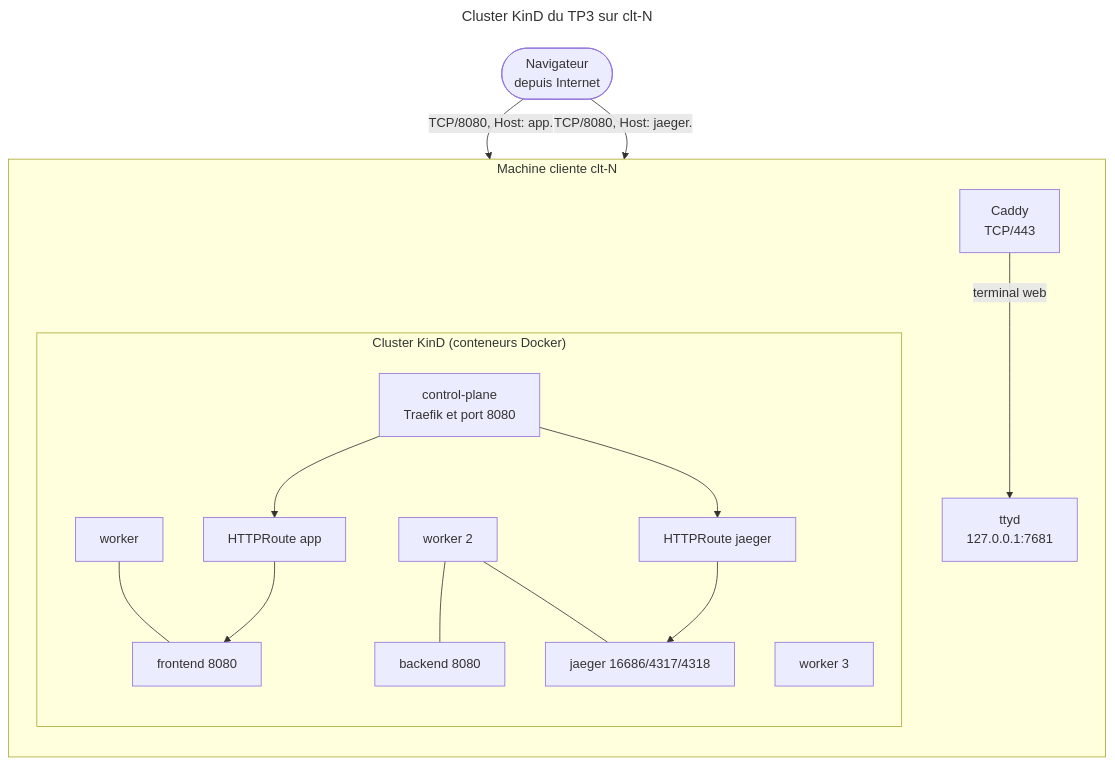
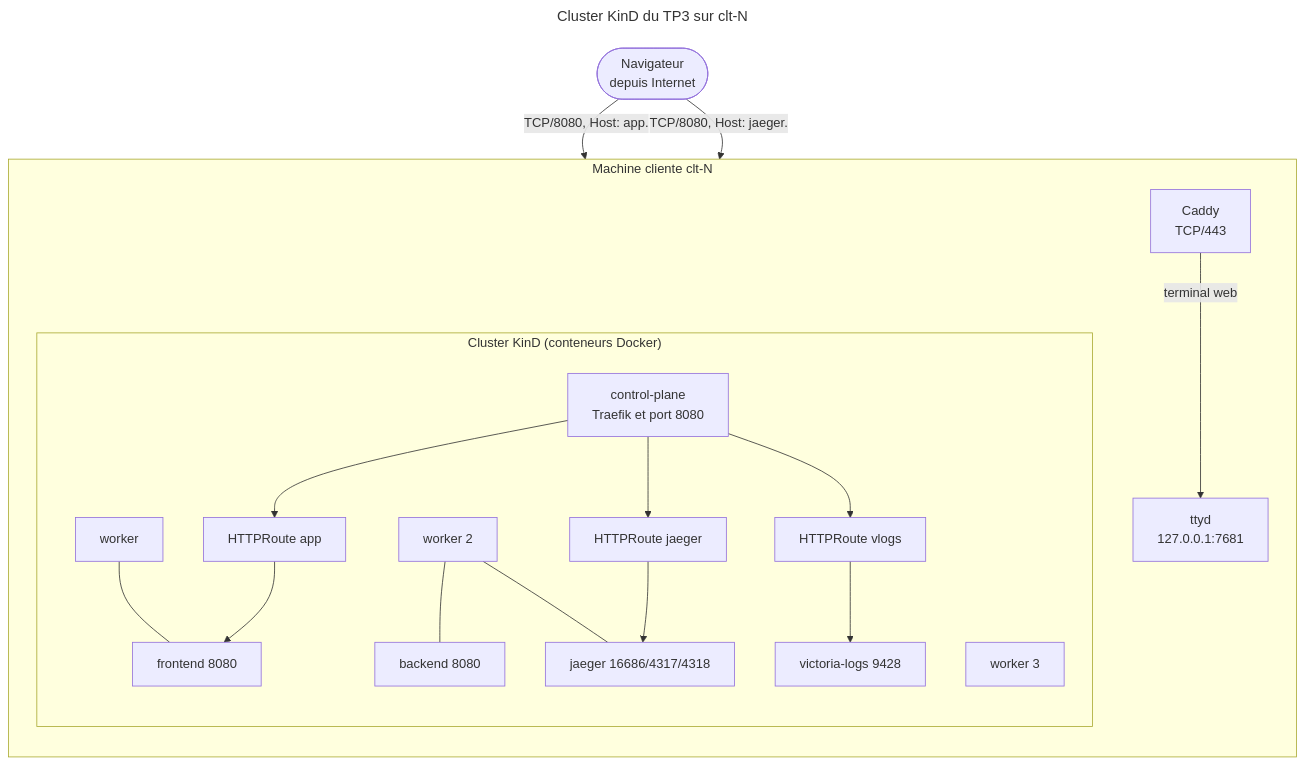
Before and after one commit to pragmatic-fermat/opentelemetry-labs: the first of 3 diagrams in Lab_TP03_Kubernetes.md, drawn with Mermaid. The commit also changed other lines of this file and 3 other files, not shown here.

````diff
--- a/Lab_TP03_Kubernetes.md
+++ b/Lab_TP03_Kubernetes.md
@@ -61,37 +64,41 @@
 ```mermaid
 ---
 title: Cluster KinD du TP3 sur clt-N
 ---
 flowchart TB
   B([Navigateur<br/>depuis Internet])
 
   subgraph CLT["Machine cliente clt-N"]
     direction TB
     C[Caddy<br/>TCP/443]
     T[ttyd<br/>127.0.0.1:7681]
     C -->|terminal web| T
 
     subgraph K["Cluster KinD (conteneurs Docker)"]
       direction TB
       CP["control-plane<br/>Traefik et port 8080"]
       W1[worker]
       W2[worker 2]
       W3[worker 3]
       P1[frontend 8080]
       P2[backend 8080]
       P3[jaeger 16686/4317/4318]
+      P4[victoria-logs 9428]
       R1["HTTPRoute app"]
       R2["HTTPRoute jaeger"]
       W1 --- P1
       W2 --- P2
       W2 --- P3
       CP --> R1
       CP --> R2
       R1 --> P1
       R2 --> P3
+      R3["HTTPRoute vlogs"]
+      R3 --> P4
+      CP --> R3
     end
   end
 
   B -->|TCP/8080, Host: app.<INGRESS_HOST>| CP
   B -->|TCP/8080, Host: jaeger.<INGRESS_HOST>| CP
 ```
````
